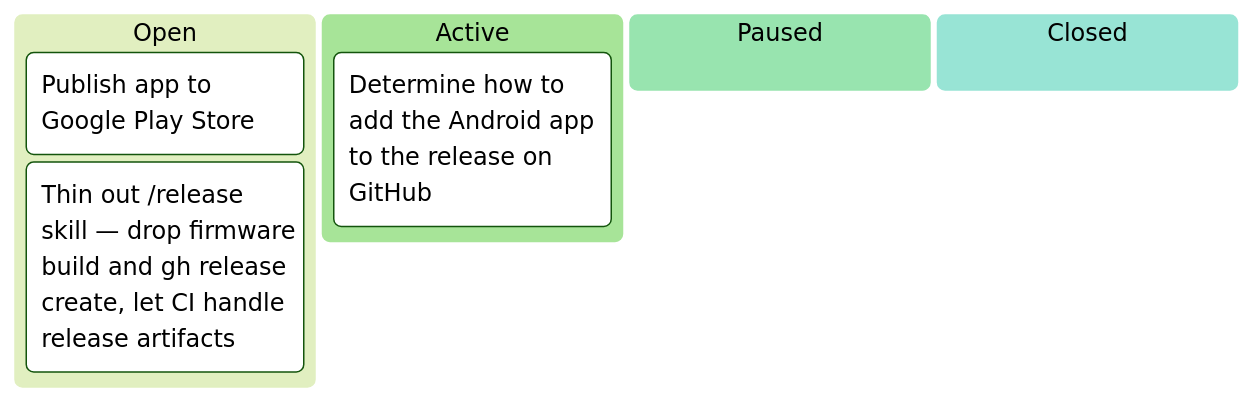
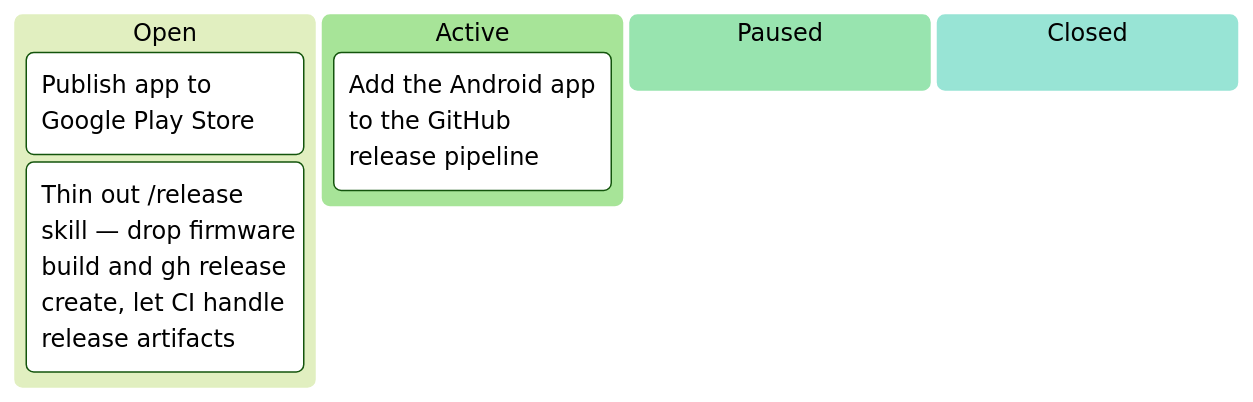
One commit to tgd1975/AwesomeStudioPedal changed the first of 7 diagrams in docs/developers/tasks/KANBAN.md. Above: the diagram before and after it, drawn with Mermaid (forest theme). The commit also changed 3 other files, not shown here.

````diff
--- a/docs/developers/tasks/KANBAN.md
+++ b/docs/developers/tasks/KANBAN.md
@@ -11,10 +11,10 @@
 ```mermaid
 kanban
   Open
     TASK_160["Publish app to Google Play Store"]
     TASK_363["Thin out /release skill — drop firmware build and gh release create, let CI handle release artifacts"]
   Active
-    TASK_179["Determine how to add the Android app to the release on GitHub"]
+    TASK_179["Add the Android app to the GitHub release pipeline"]
   Paused
   Closed
 ```
````
